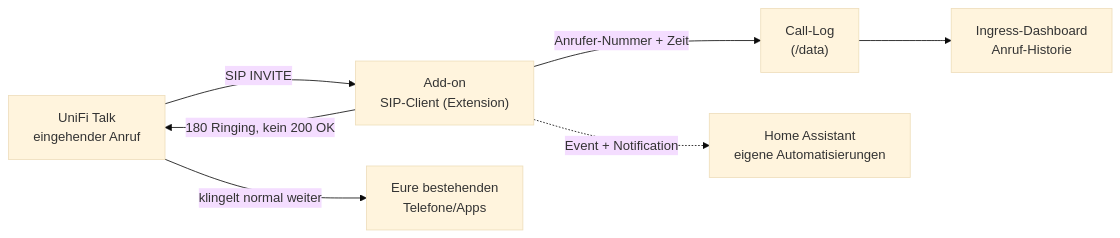
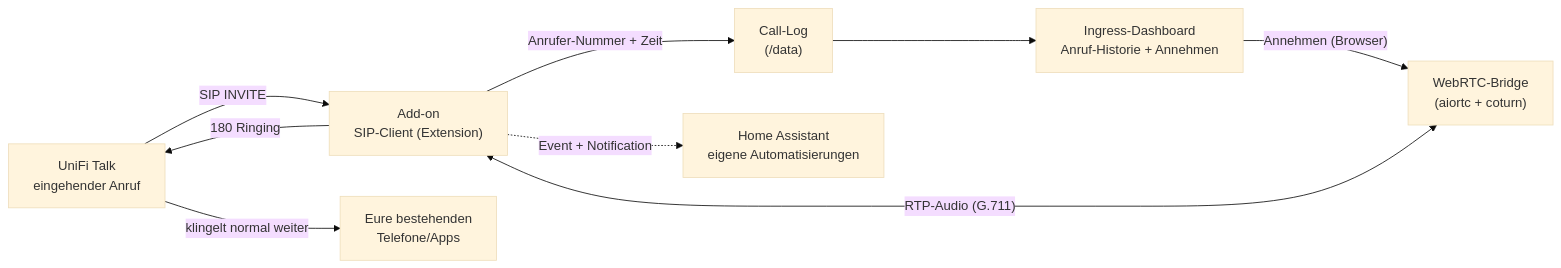
The diagram in README.md (martin141089/unifi-talk-softphone), drawn with Mermaid (base theme) before and after one commit. The commit also changed other lines of this file and 8 other files, not shown here.

First line of the commit message:
0.2.0: Anrufe im Dashboard annehmen und per Audio führen

````diff
--- a/README.md
+++ b/README.md
@@ -15,9 +15,11 @@
 ```mermaid
 flowchart LR
     A["UniFi Talk<br/>eingehender Anruf"] -->|"SIP INVITE"| B["Add-on<br/>SIP-Client (Extension)"]
-    B -->|"180 Ringing, kein 200 OK"| A
+    B -->|"180 Ringing"| A
     A -->|"klingelt normal weiter"| C["Eure bestehenden<br/>Telefone/Apps"]
     B -->|"Anrufer-Nummer + Zeit"| D["Call-Log<br/>(/data)"]
-    D --> E["Ingress-Dashboard<br/>Anruf-Historie"]
-    B -.->|"Event + Notification"| F["Home Assistant<br/>eigene Automatisierungen"]
+    D --> E["Ingress-Dashboard<br/>Anruf-Historie + Annehmen"]
+    E -->|"Annehmen (Browser)"| F["WebRTC-Bridge<br/>(aiortc + coturn)"]
+    F <-->|"RTP-Audio (G.711)"| B
+    B -.->|"Event + Notification"| G["Home Assistant<br/>eigene Automatisierungen"]
 ```
````
